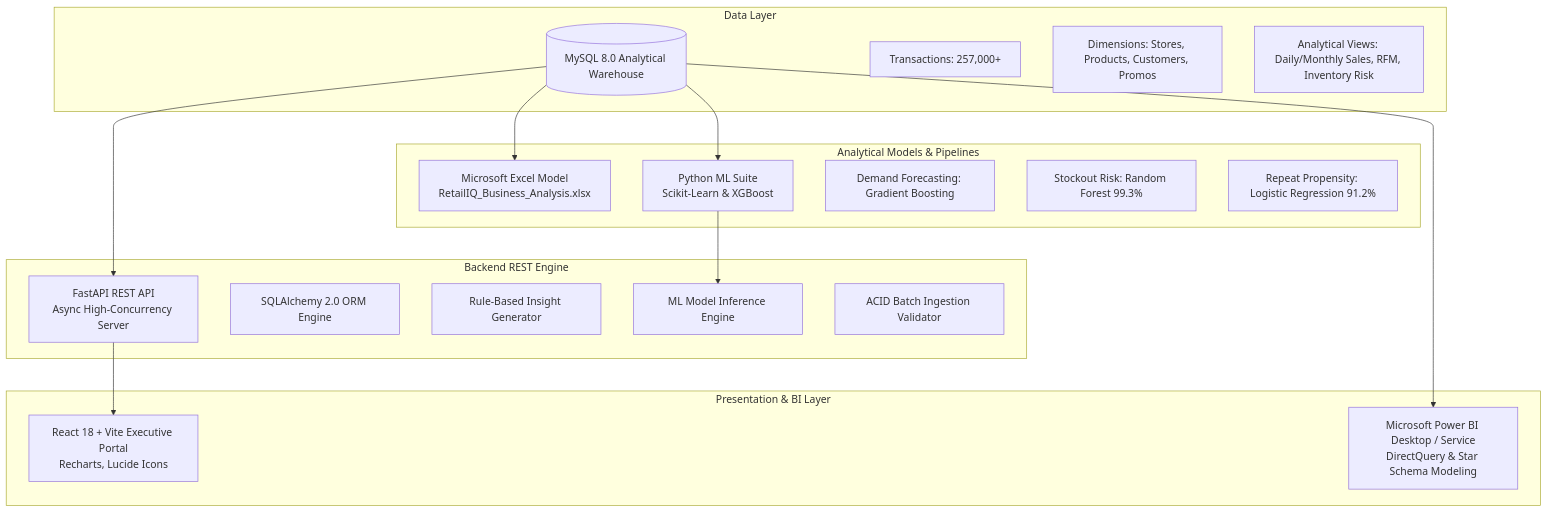
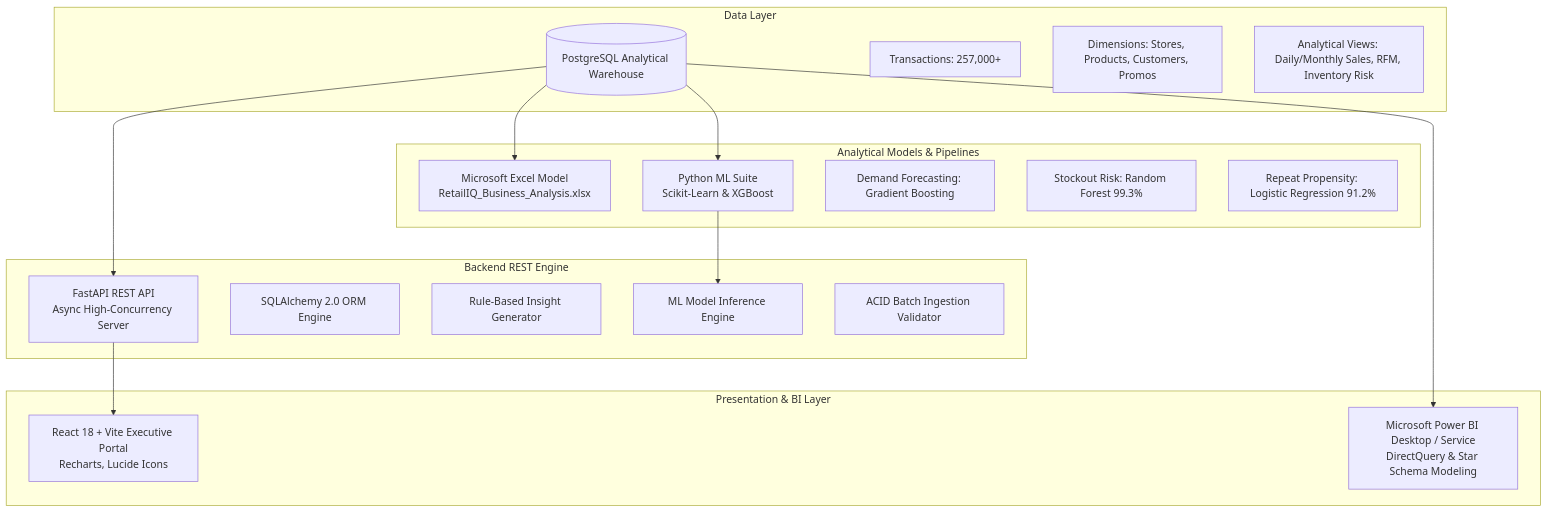
The diagram in retailiq/docs/ARCHITECTURE.md (ramshankardash17-code/RetailIQ-Business-Intelligence-Analytics), drawn with Mermaid before and after one commit. The commit also changed other lines of this file and 41 other files, not shown here.

Commit message:
Migrate stack to PostgreSQL and configure project for Render deployment

````diff
--- a/retailiq/docs/ARCHITECTURE.md
+++ b/retailiq/docs/ARCHITECTURE.md
@@ -9,37 +9,37 @@
 ```mermaid
 flowchart TD
     subgraph Data Layer
-        A[(MySQL 8.0 Analytical Warehouse)]
+        A[(PostgreSQL Analytical Warehouse)]
         A1[Transactions: 257,000+]
         A2[Dimensions: Stores, Products, Customers, Promos]
         A3[Analytical Views: Daily/Monthly Sales, RFM, Inventory Risk]
     end
 
     subgraph Analytical Models & Pipelines
         B[Microsoft Excel Model\nRetailIQ_Business_Analysis.xlsx]
         C[Python ML Suite\nScikit-Learn & XGBoost]
         C1[Demand Forecasting: Gradient Boosting]
         C2[Stockout Risk: Random Forest 99.3%]
         C3[Repeat Propensity: Logistic Regression 91.2%]
     end
 
     subgraph Backend REST Engine
         D[FastAPI REST API\nAsync High-Concurrency Server]
         D1[SQLAlchemy 2.0 ORM Engine]
         D2[Rule-Based Insight Generator]
         D3[ML Model Inference Engine]
         D4[ACID Batch Ingestion Validator]
     end
 
     subgraph Presentation & BI Layer
         E[React 18 + Vite Executive Portal\nRecharts, Lucide Icons]
         F[Microsoft Power BI Desktop / Service\nDirectQuery & Star Schema Modeling]
     end
 
     A --> B
     A --> C
     A --> D
     C --> D3
     D --> E
     A --> F
 ```
````
